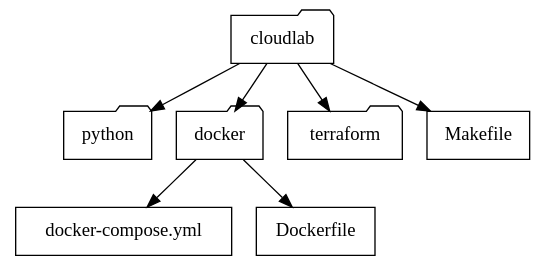
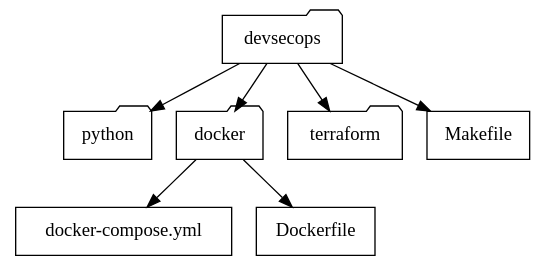
One commit to ajcborges/devsecops-tactical-workbook changed the diagram in docs/_source/05_makefiles.rst. Above: the diagram before and after it, drawn with Graphviz. The commit also changed other lines of this file and 9 other files, not shown here.

```diff
--- a/docs/_source/05_makefiles.rst
+++ b/docs/_source/05_makefiles.rst
@@ -155,20 +155,20 @@
 .. graphviz::
    :caption: Project Directory
    :align: center
 
    digraph folders {
-      "cloudlab" [shape=folder];
+      "devsecops" [shape=folder];
       "python" [shape=folder];
       "docker" [shape=folder];
       "terraform" [shape=folder];
       "Makefile" [shape=rect];
       "docker-compose.yml" [shape=rect];
       "Dockerfile" [shape=rect];
 
-      "cloudlab" -> "python";
-      "cloudlab" -> "terraform";
-      "cloudlab" -> "docker";
-      "cloudlab" -> "Makefile";
+      "devsecops" -> "python";
+      "devsecops" -> "terraform";
+      "devsecops" -> "docker";
+      "devsecops" -> "Makefile";
       "docker" -> "Dockerfile";
       "docker" -> "docker-compose.yml";
    }
```
